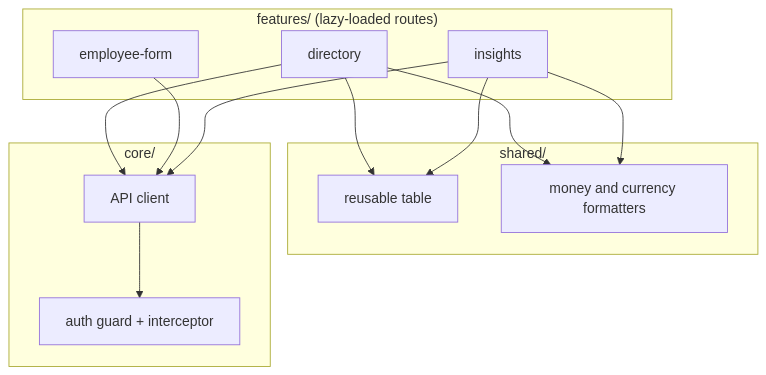
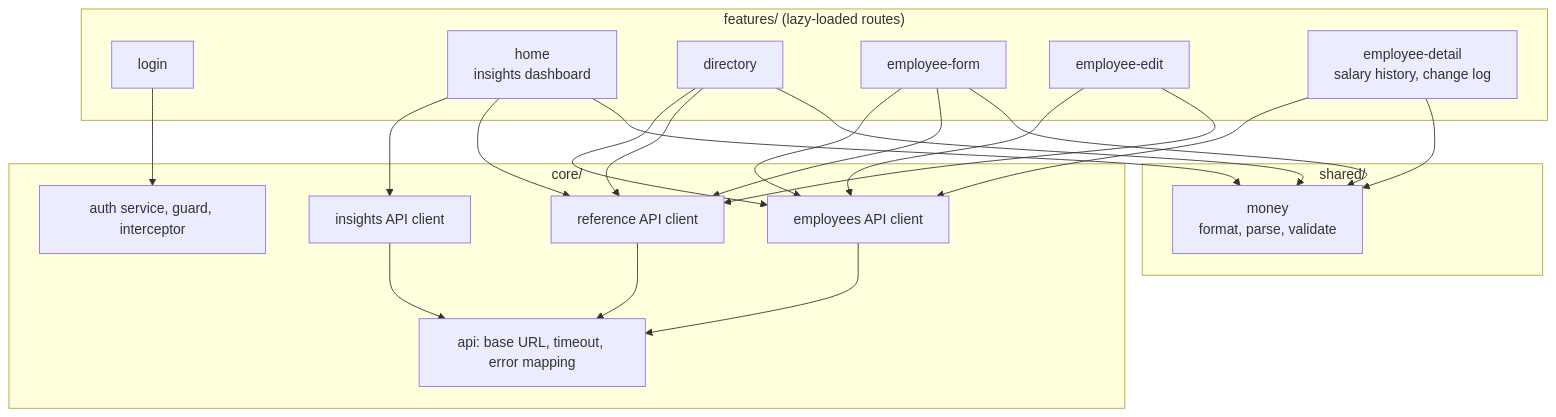
Before and after one commit to Rameshkumarsgp/acme-people-management: the fourth of 5 diagrams in docs/architecture/architecture.md, drawn with Mermaid. The commit also changed other lines of this file and 4 other files, not shown here.

Commit message:
fix(ui): format the headcount, and bring the architecture docs up to date

````diff
--- a/docs/architecture/architecture.md
+++ b/docs/architecture/architecture.md
@@ -54,25 +80,39 @@
 ```mermaid
 flowchart TB
     subgraph Features["features/ (lazy-loaded routes)"]
+        Login["login"]
+        Home["home<br/>insights dashboard"]
         Dir["directory"]
         Form["employee-form"]
-        Ins["insights"]
+        Edit["employee-edit"]
+        Detail["employee-detail<br/>salary history, change log"]
     end
     subgraph Shared["shared/"]
-        Tbl["reusable table"]
-        Fmt["money and currency formatters"]
+        Money["money<br/>format, parse, validate"]
     end
     subgraph Core["core/"]
-        Api["API client"]
-        Guard["auth guard + interceptor"]
+        EmpApi["employees API client"]
+        InsApi["insights API client"]
+        RefApi["reference API client"]
+        AuthSvc["auth service, guard, interceptor"]
+        Http["api: base URL, timeout, error mapping"]
     end
 
-    Dir --> Tbl
-    Ins --> Tbl
-    Dir --> Fmt
-    Ins --> Fmt
-    Dir --> Api
-    Form --> Api
-    Ins --> Api
-    Api --> Guard
+    Login --> AuthSvc
+    Home --> InsApi
+    Home --> RefApi
+    Home --> Money
+    Dir --> EmpApi
+    Dir --> RefApi
+    Dir --> Money
+    Form --> EmpApi
+    Form --> RefApi
+    Form --> Money
+    Edit --> EmpApi
+    Edit --> RefApi
+    Detail --> EmpApi
+    Detail --> Money
+    EmpApi --> Http
+    InsApi --> Http
+    RefApi --> Http
 ```
````
